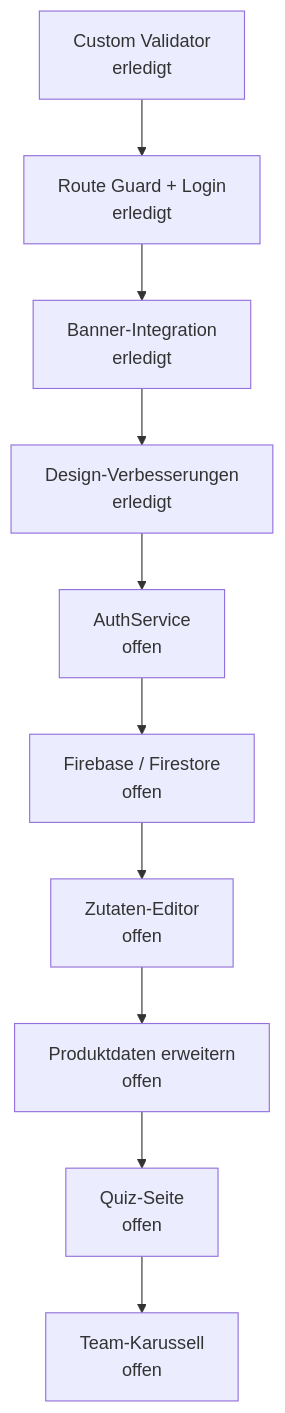
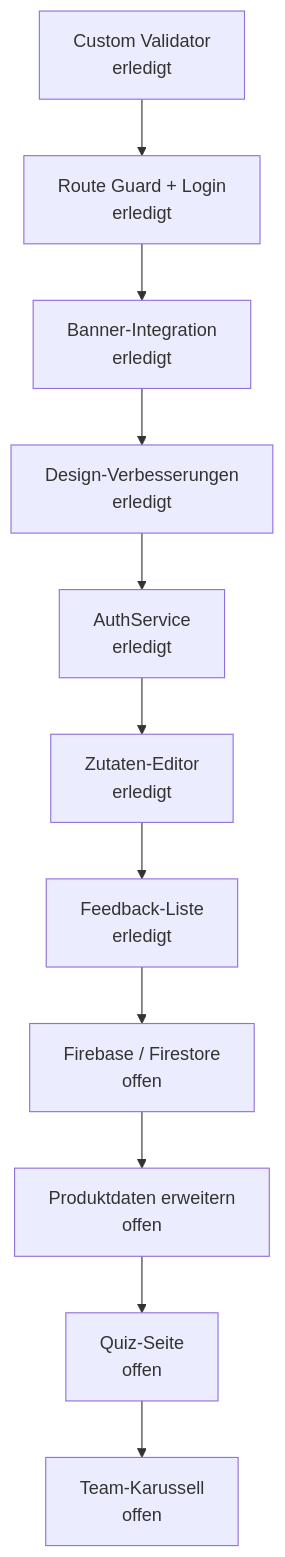
Before and after one commit to denisaandreea-a/McDenisa-Website-Pruefung: the fourth of 4 diagrams in docs/wiki.md, drawn with Mermaid. The commit also changed other lines of this file and 14 other files, not shown here.

````diff
--- a/docs/wiki.md
+++ b/docs/wiki.md
@@ -381,12 +389,13 @@
 ```mermaid
 flowchart TD
   D1["Custom Validator\nerledigt"] --> D2["Route Guard + Login\nerledigt"]
   D2 --> D3["Banner-Integration\nerledigt"]
   D3 --> D4["Design-Verbesserungen\nerledigt"]
-  D4 --> N1["AuthService\noffen"]
-  N1 --> N2["Firebase / Firestore\noffen"]
-  N2 --> N3["Zutaten-Editor\noffen"]
-  N3 --> N4["Produktdaten erweitern\noffen"]
-  N4 --> N5["Quiz-Seite\noffen"]
-  N5 --> N6["Team-Karussell\noffen"]
+  D4 --> D5["AuthService\nerledigt"]
+  D5 --> D6["Zutaten-Editor\nerledigt"]
+  D6 --> D7["Feedback-Liste\nerledigt"]
+  D7 --> N1["Firebase / Firestore\noffen"]
+  N1 --> N2["Produktdaten erweitern\noffen"]
+  N2 --> N3["Quiz-Seite\noffen"]
+  N3 --> N4["Team-Karussell\noffen"]
 ```
````
